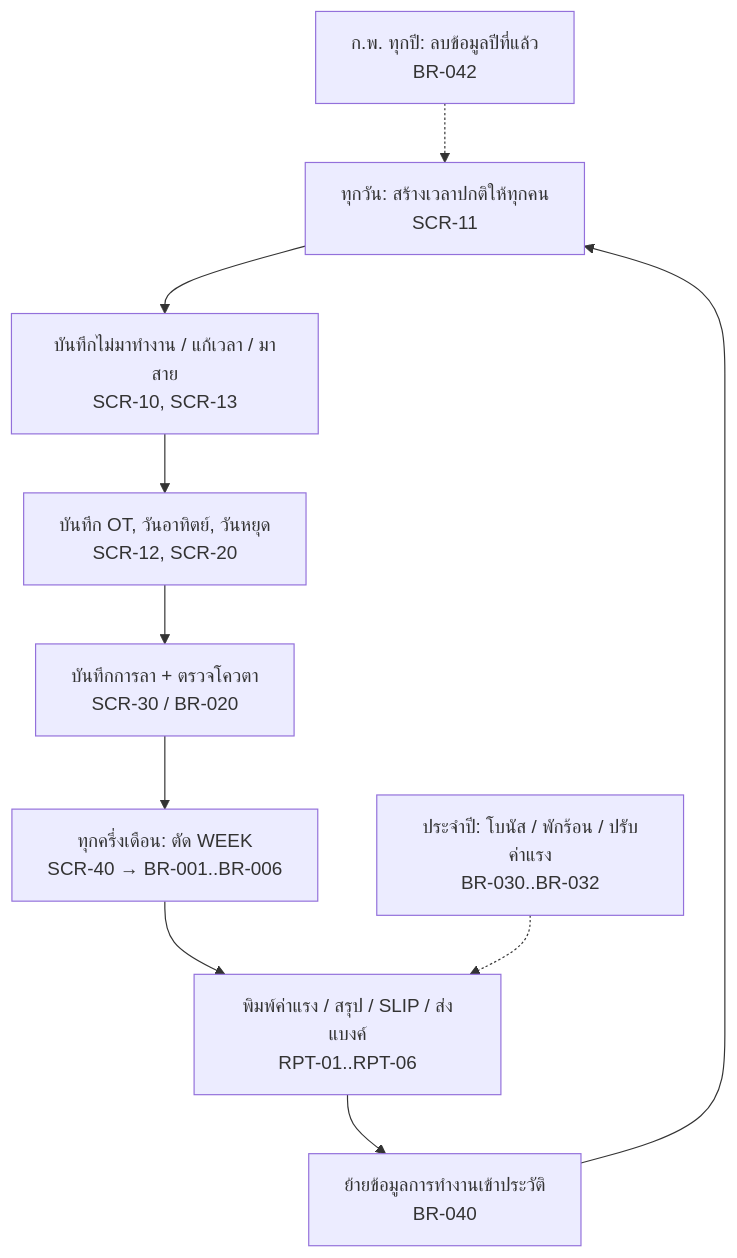
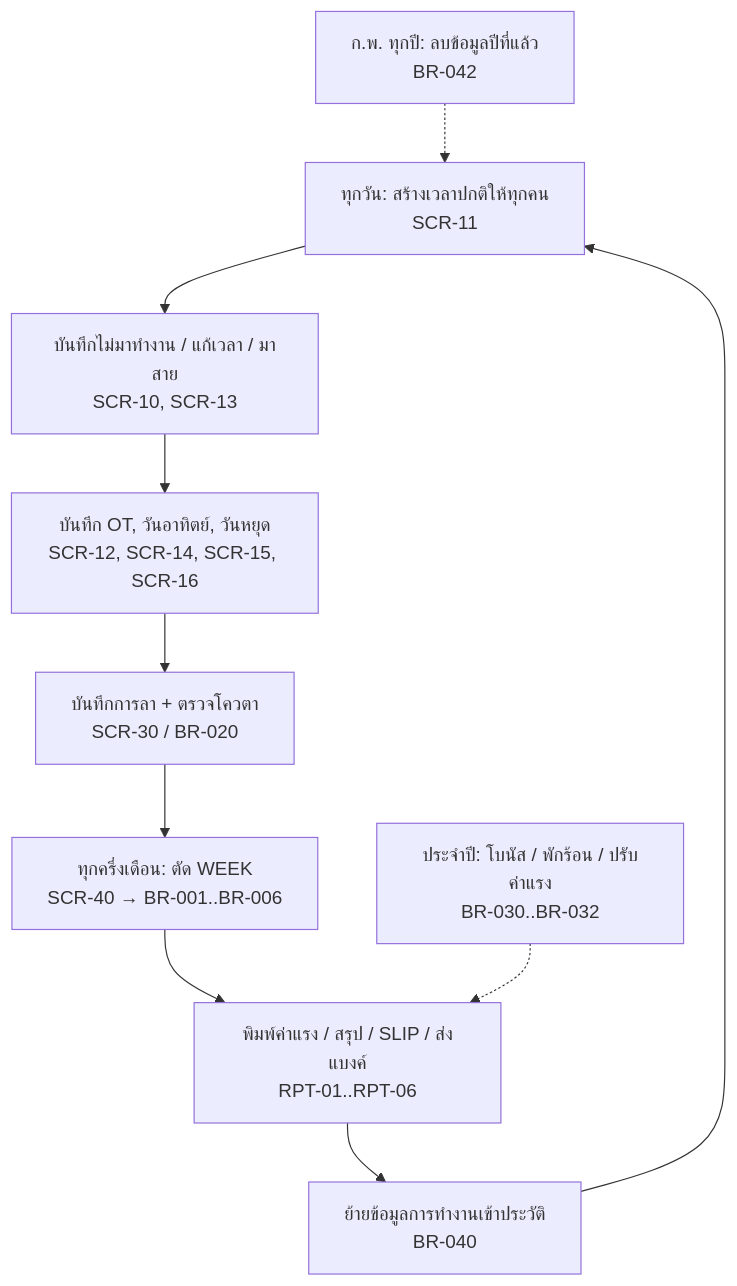
One commit to e20fsf/app-lockte changed the diagram in specs/employee/README.md. Above: the diagram before and after it, drawn with Mermaid. The commit also changed other lines of this file and 9 other files, not shown here.

````diff
--- a/specs/employee/README.md
+++ b/specs/employee/README.md
@@ -46,12 +46,12 @@
 ```mermaid
 flowchart TD
   A[ทุกวัน: สร้างเวลาปกติให้ทุกคน<br/>SCR-11] --> B[บันทึกไม่มาทำงาน / แก้เวลา / มาสาย<br/>SCR-10, SCR-13]
-  B --> C[บันทึก OT, วันอาทิตย์, วันหยุด<br/>SCR-12, SCR-20]
+  B --> C[บันทึก OT, วันอาทิตย์, วันหยุด<br/>SCR-12, SCR-14, SCR-15, SCR-16]
   C --> D[บันทึกการลา + ตรวจโควตา<br/>SCR-30 / BR-020]
   D --> E[ทุกครึ่งเดือน: ตัด WEEK<br/>SCR-40 → BR-001..BR-006]
   E --> F[พิมพ์ค่าแรง / สรุป / SLIP / ส่งแบงค์<br/>RPT-01..RPT-06]
   F --> G[ย้ายข้อมูลการทำงานเข้าประวัติ<br/>BR-040]
   G --> A
   H[ประจำปี: โบนัส / พักร้อน / ปรับค่าแรง<br/>BR-030..BR-032] -.-> F
   I[ก.พ. ทุกปี: ลบข้อมูลปีที่แล้ว<br/>BR-042] -.-> A
 ```
````
